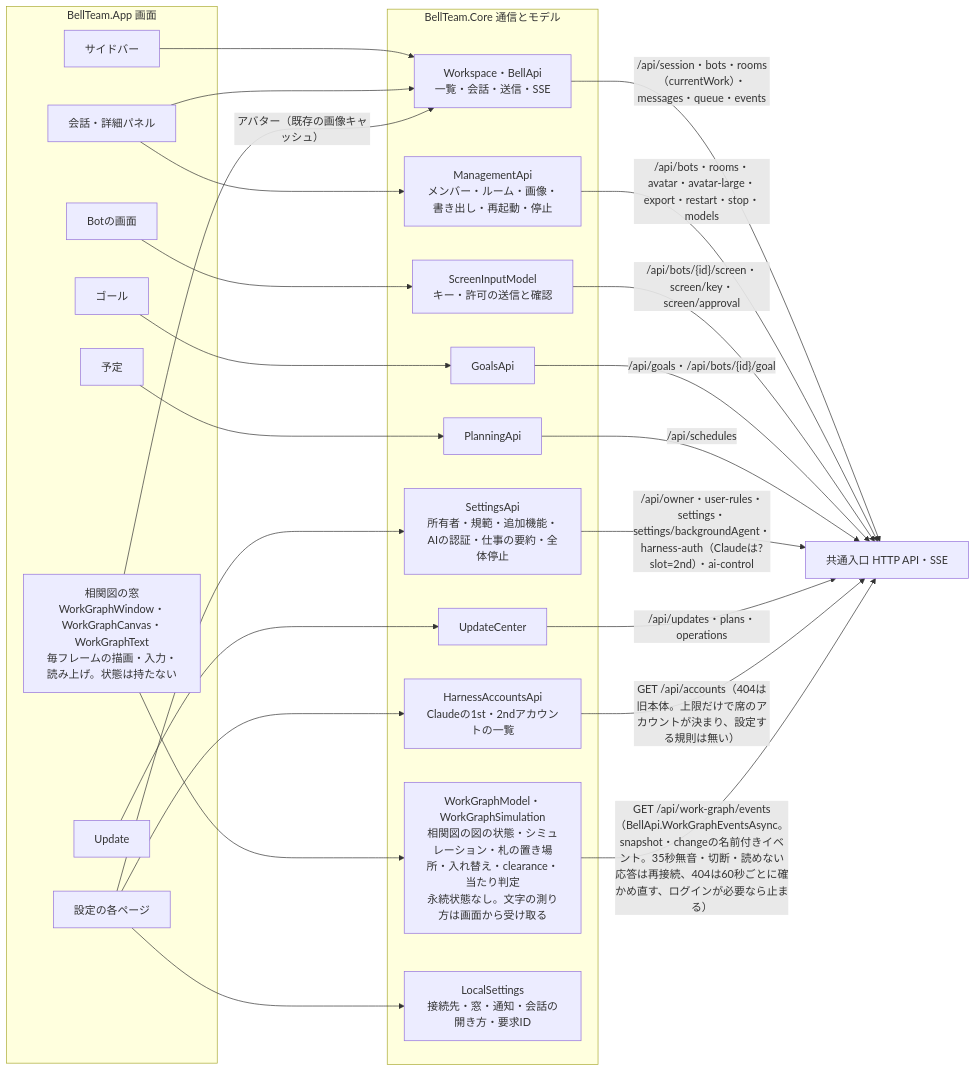
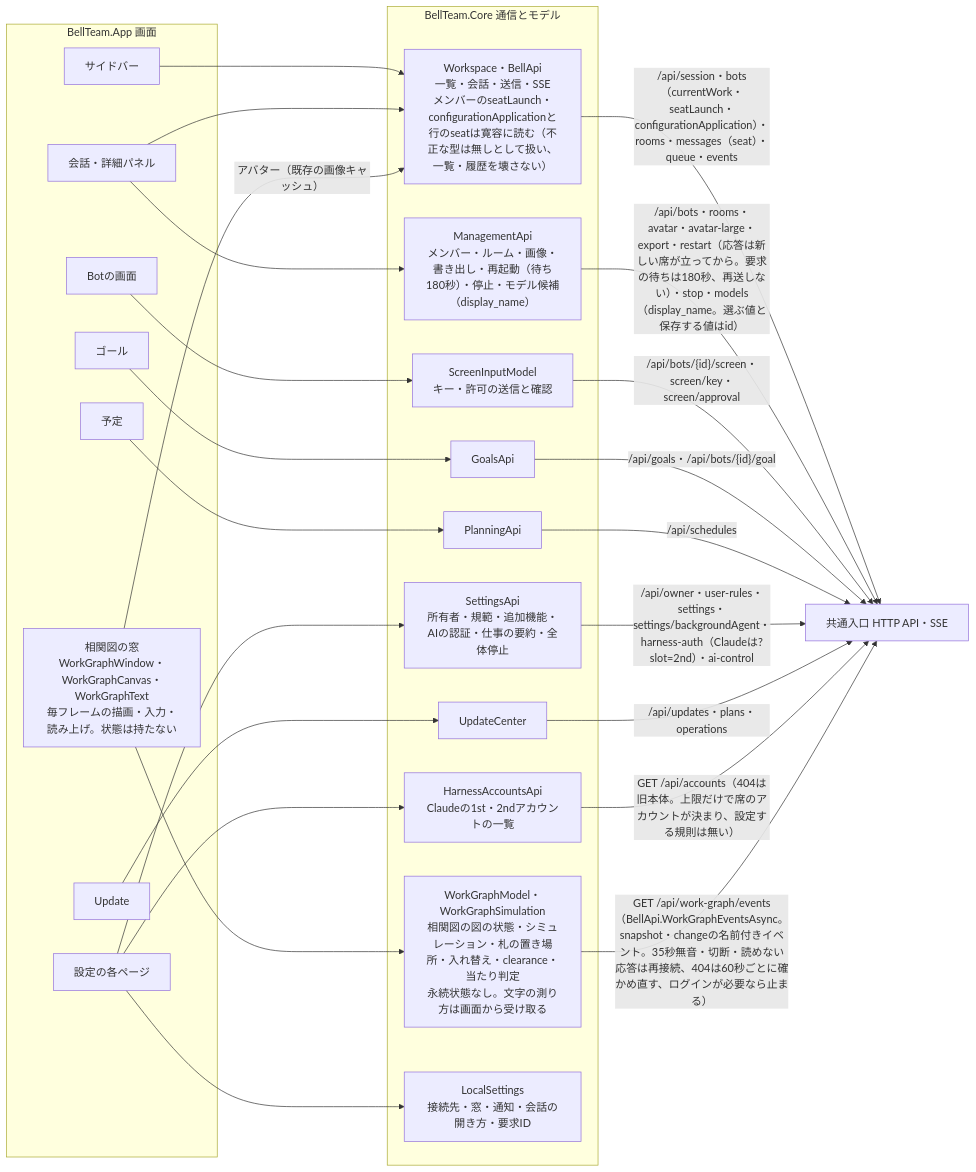
One commit to kitepon/BellTeam changed the fourth of 6 diagrams in docs/windows-architecture.md. Above: the diagram before and after it, drawn with Mermaid. The commit also changed other lines of this file and 29 other files, not shown here.

````diff
--- a/docs/windows-architecture.md
+++ b/docs/windows-architecture.md
@@ -79,46 +79,46 @@
 ```mermaid
 flowchart LR
   subgraph App[BellTeam.App 画面]
     A1[サイドバー]
     A2[会話・詳細パネル]
     A3[Botの画面]
     A4[ゴール]
     A5[予定]
     A6[設定の各ページ]
     A7[Update]
     A8[相関図の窓<br/>WorkGraphWindow・WorkGraphCanvas・WorkGraphText<br/>毎フレームの描画・入力・読み上げ。状態は持たない]
   end
   subgraph Core[BellTeam.Core 通信とモデル]
-    C1[Workspace・BellApi<br/>一覧・会話・送信・SSE]
-    C2[ManagementApi<br/>メンバー・ルーム・画像・書き出し・再起動・停止]
+    C1[Workspace・BellApi<br/>一覧・会話・送信・SSE<br/>メンバーのseatLaunch・configurationApplicationと行のseatは寛容に読む（不正な型は無しとして扱い、一覧・履歴を壊さない）]
+    C2[ManagementApi<br/>メンバー・ルーム・画像・書き出し・再起動（待ち180秒）・停止・モデル候補（display_name）]
     C3[ScreenInputModel<br/>キー・許可の送信と確認]
     C4[GoalsApi]
     C5[PlanningApi]
     C6[SettingsApi<br/>所有者・規範・追加機能・AIの認証・仕事の要約・全体停止]
     C9[HarnessAccountsApi<br/>Claudeの1st・2ndアカウントの一覧]
     C10[WorkGraphModel・WorkGraphSimulation<br/>相関図の図の状態・シミュレーション・札の置き場所・入れ替え・clearance・当たり判定<br/>永続状態なし。文字の測り方は画面から受け取る]
     C7[UpdateCenter]
     C8[LocalSettings<br/>接続先・窓・通知・会話の開き方・要求ID]
   end
   A1 --> C1
   A2 --> C1
   A2 --> C2
   A3 --> C3
   A4 --> C4
   A5 --> C5
   A6 --> C6
   A6 --> C9
   A6 --> C8
   A7 --> C7
   A8 --> C10
   A8 -->|"アバター（既存の画像キャッシュ）"| C1
-  C1 -->|"/api/session・bots・rooms（currentWork）・messages・queue・events"| API[共通入口 HTTP API・SSE]
-  C2 -->|"/api/bots・rooms・avatar・avatar-large・export・restart・stop・models"| API
+  C1 -->|"/api/session・bots（currentWork・seatLaunch・configurationApplication）・rooms・messages（seat）・queue・events"| API[共通入口 HTTP API・SSE]
+  C2 -->|"/api/bots・rooms・avatar・avatar-large・export・restart（応答は新しい席が立ってから。要求の待ちは180秒、再送しない）・stop・models（display_name。選ぶ値と保存する値はid）"| API
   C3 -->|"/api/bots/{id}/screen・screen/key・screen/approval"| API
   C4 -->|"/api/goals・/api/bots/{id}/goal"| API
   C5 -->|"/api/schedules"| API
   C6 -->|"/api/owner・user-rules・settings・settings/backgroundAgent・harness-auth（Claudeは?slot=2nd）・ai-control"| API
   C7 -->|"/api/updates・plans・operations"| API
   C9 -->|"GET /api/accounts（404は旧本体。上限だけで席のアカウントが決まり、設定する規則は無い）"| API
   C10 -->|"GET /api/work-graph/events（BellApi.WorkGraphEventsAsync。snapshot・changeの名前付きイベント。35秒無音・切断・読めない応答は再接続、404は60秒ごとに確かめ直す、ログインが必要なら止まる）"| API
 ```
````
